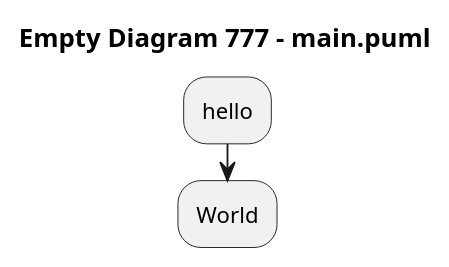
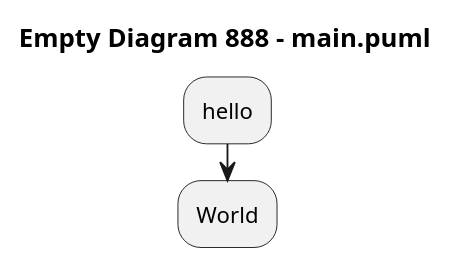
The diagram in main.puml (arwenvaughan/test1), drawn with PlantUML before and after one commit.

Commit message:
PlantText Commit: another one.

```diff
--- a/main.puml
+++ b/main.puml
@@ -1,7 +1,7 @@
 @startuml
 
-title Empty Diagram 777 - main.puml
+title Empty Diagram 888 - main.puml
 :hello;
 :World;
 
 @enduml
```
